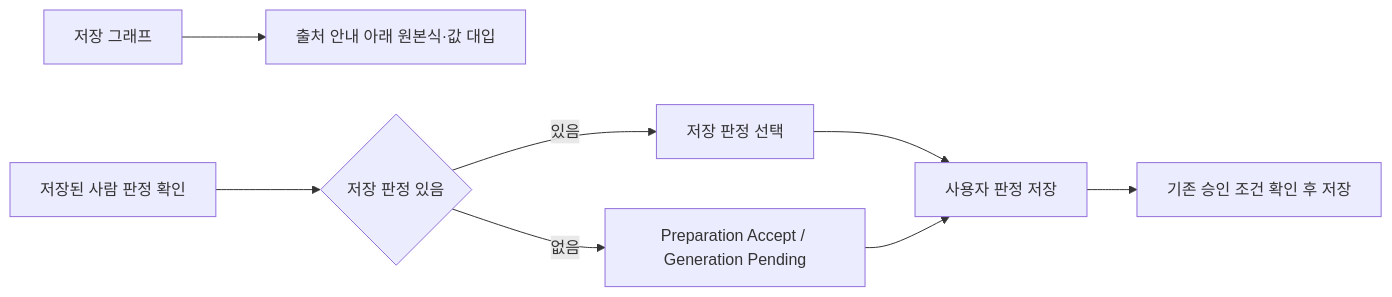
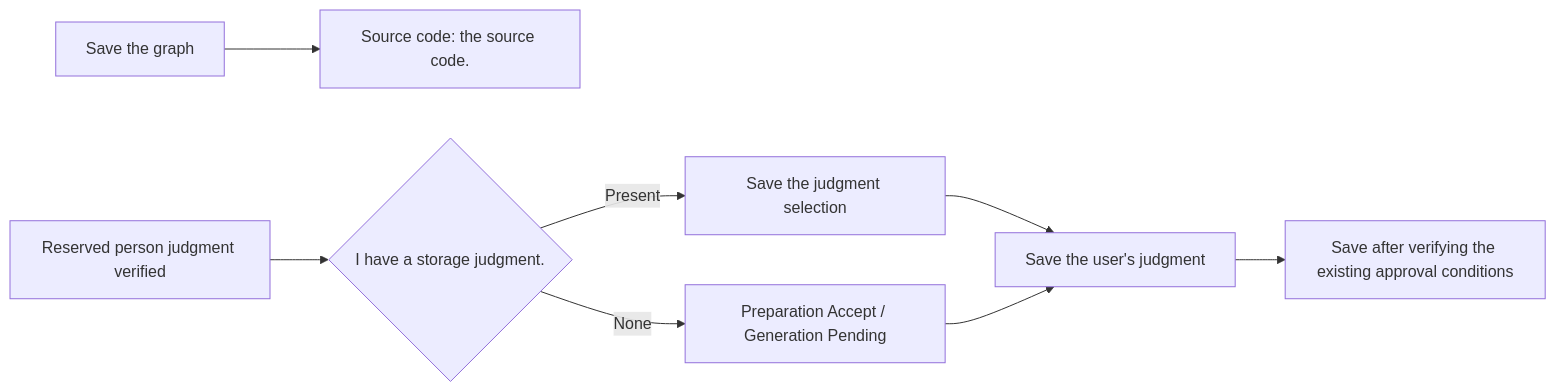
The second of 5 diagrams in src/finarch/documentation/templates/source-layout/dataset-viewer.md (pnu-clink/finject), drawn with Mermaid before and after one commit. The commit also changed other lines of this file and 644 other files, not shown here.

````diff
--- a/src/finarch/documentation/templates/source-layout/dataset-viewer.md
+++ b/src/finarch/documentation/templates/source-layout/dataset-viewer.md
@@ -195,10 +195,10 @@
 ```mermaid
 flowchart LR
- G[저장 그래프] --> F[출처 안내 아래 원본식·값 대입]
- R[저장된 사람 판정 확인] --> S{저장 판정 있음}
- S -->|있음| K[저장 판정 선택]
- S -->|없음| D[Preparation Accept / Generation Pending]
- K --> U[사용자 판정 저장]
+ G[Save the graph] --> F[Source code: the source code.]
+ R[Reserved person judgment verified] --> S{I have a storage judgment.}
+ S -->|Present| K[Save the judgment selection]
+ S -->|None| D[Preparation Accept / Generation Pending]
+ K --> U[Save the user's judgment]
  D --> U
- U --> C[기존 승인 조건 확인 후 저장]
+ U --> C[Save after verifying the existing approval conditions]
 ```
````
